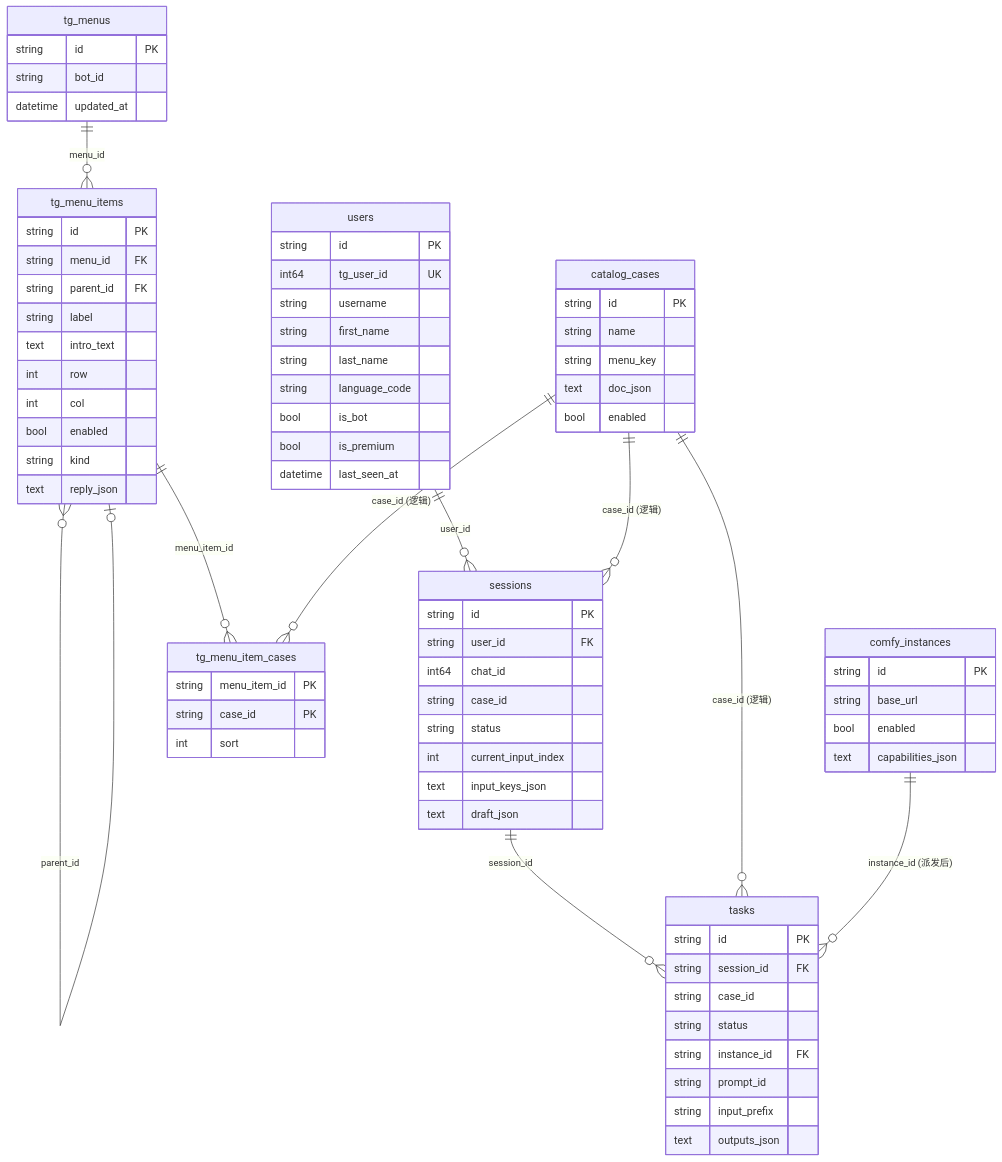
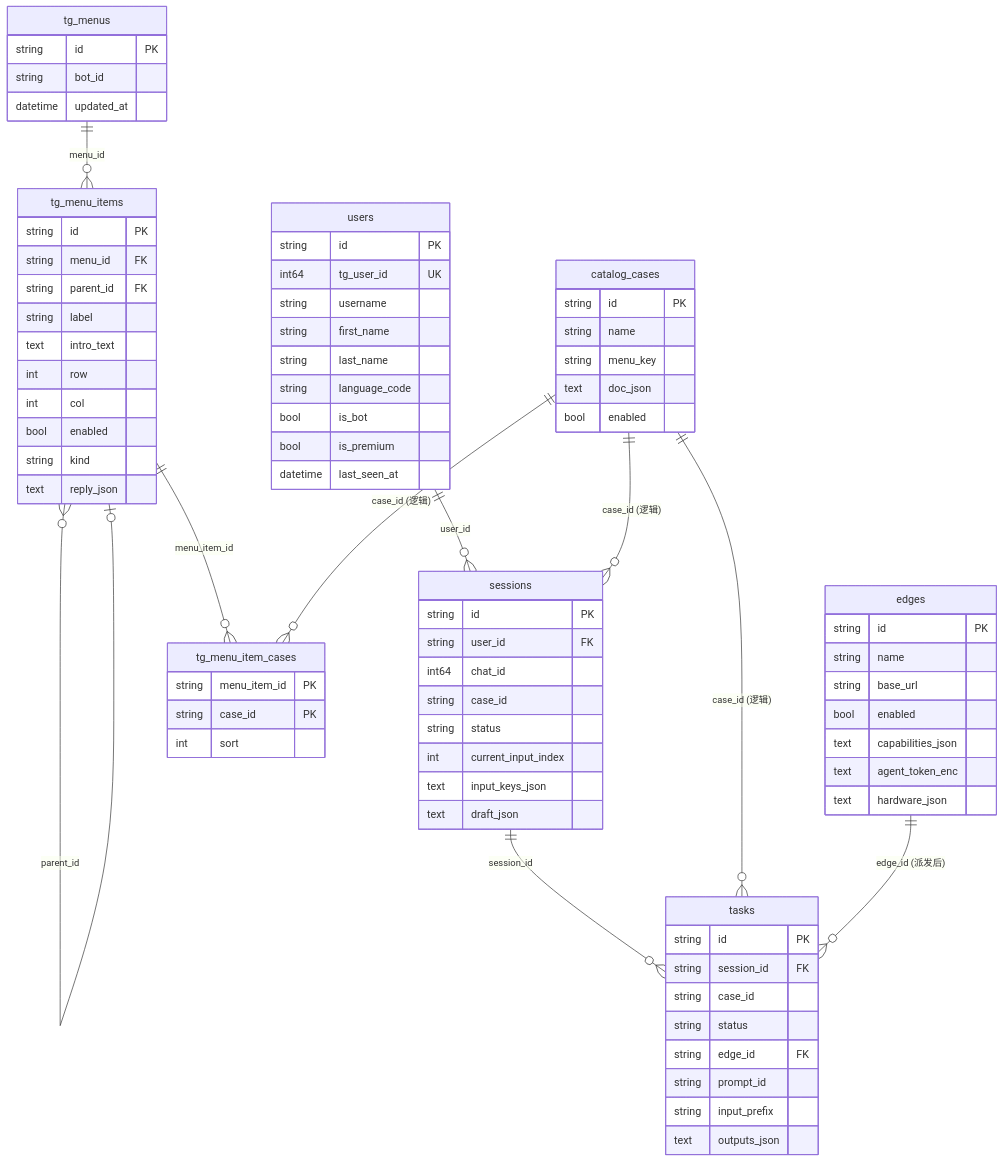
One commit to Mr9esx/Pixoma changed the first of 3 diagrams in docs/architecture/data-model.md. Above: the diagram before and after it, drawn with Mermaid. The commit also changed other lines of this file and 1 other file, not shown here.

Commit message:
docs(architecture): edge_metrics table and metrics reporting path

```diff
--- a/docs/architecture/data-model.md
+++ b/docs/architecture/data-model.md
@@ -210,7 +235,7 @@
   sessions ||--o{ tasks : "session_id"
   catalog_cases ||--o{ sessions : "case_id (逻辑)"
   catalog_cases ||--o{ tasks : "case_id (逻辑)"
-  comfy_instances ||--o{ tasks : "instance_id (派发后)"
+  edges ||--o{ tasks : "edge_id (派发后)"
   tg_menus ||--o{ tg_menu_items : "menu_id"
   tg_menu_items }o--o| tg_menu_items : "parent_id"
   tg_menu_items ||--o{ tg_menu_item_cases : "menu_item_id"
@@ -244,17 +269,20 @@
     string session_id FK
     string case_id
     string status
-    string instance_id FK
+    string edge_id FK
     string prompt_id
     string input_prefix
     text outputs_json
   }
 
-  comfy_instances {
+  edges {
     string id PK
+    string name
     string base_url
     bool enabled
     text capabilities_json
+    text agent_token_enc
+    text hardware_json
   }
 
   catalog_cases {
```
